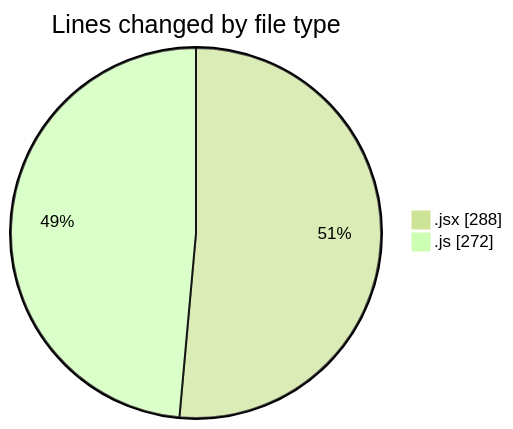
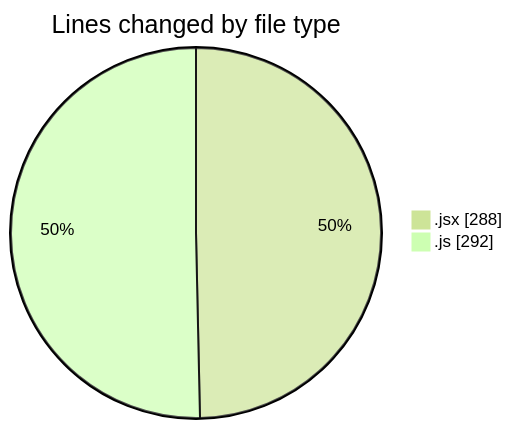
Before and after one commit to nxtqubesakshisongat/code-tracking: the first of 2 diagrams in 2025-06-05/nxtqube_webapp/README.md, drawn with Mermaid (forest theme). The commit also changed other lines of this file and 1 other file, not shown here.

````diff
--- a/2025-06-05/nxtqube_webapp/README.md
+++ b/2025-06-05/nxtqube_webapp/README.md
@@ -23,6 +23,6 @@
 ```mermaid
 pie showData
 title Lines changed by file type
 ".jsx" : 288
-".js" : 272
+".js" : 292
 ```
````
